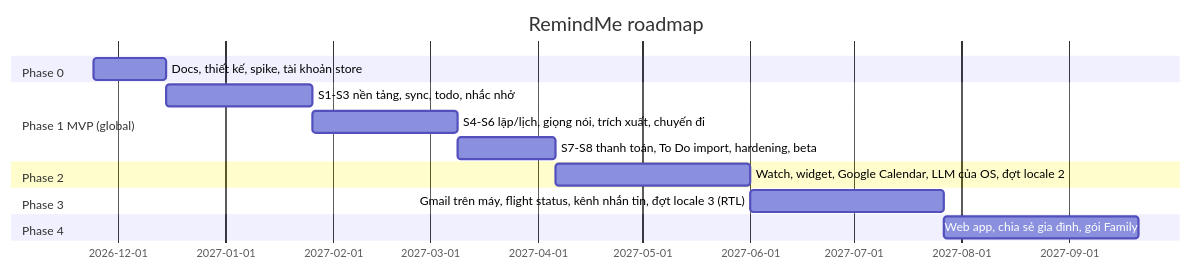
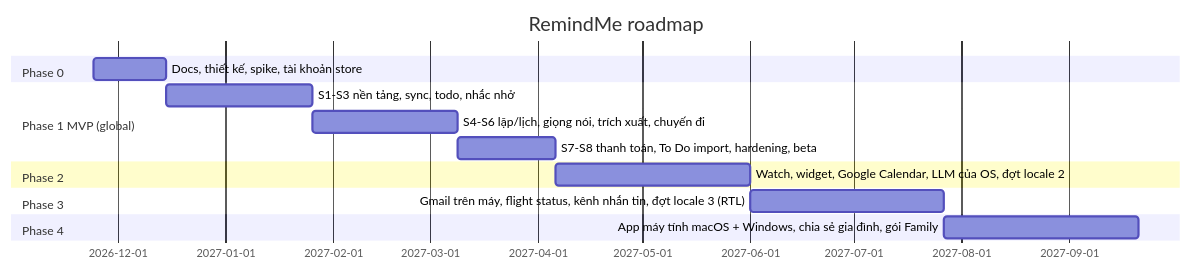
One commit to ducpham2806/RemindMe changed the diagram in docs/plan/implementation-plan.md. Above: the diagram before and after it, drawn with Mermaid. The commit also changed other lines of this file and 13 other files, not shown here.

First line of the commit message:
docs(platform): lộ trình app máy tính macOS/Windows, quy tắc đa nền tảng từ S1 (ADR-014)

````diff
--- a/docs/plan/implementation-plan.md
+++ b/docs/plan/implementation-plan.md
@@ -11,17 +11,17 @@
 ```mermaid
 gantt
   dateFormat YYYY-MM-DD
   title RemindMe roadmap
   section Phase 0
   Docs, thiết kế, spike, tài khoản store        :p0, 2026-11-24, 3w
   section Phase 1 MVP (global)
   S1-S3 nền tảng, sync, todo, nhắc nhở           :p1a, after p0, 6w
   S4-S6 lặp/lịch, giọng nói, trích xuất, chuyến đi:p1b, after p1a, 6w
   S7-S8 thanh toán, To Do import, hardening, beta :p1c, after p1b, 4w
   section Phase 2
   Watch, widget, Google Calendar, LLM của OS, đợt locale 2 :p2, after p1c, 8w
   section Phase 3
   Gmail trên máy, flight status, kênh nhắn tin, đợt locale 3 (RTL) :p3, after p2, 8w
   section Phase 4
-  Web app, chia sẻ gia đình, gói Family          :p4, after p3, 8w
+  App máy tính macOS + Windows, chia sẻ gia đình, gói Family :p4, after p3, 8w
 ```
````
